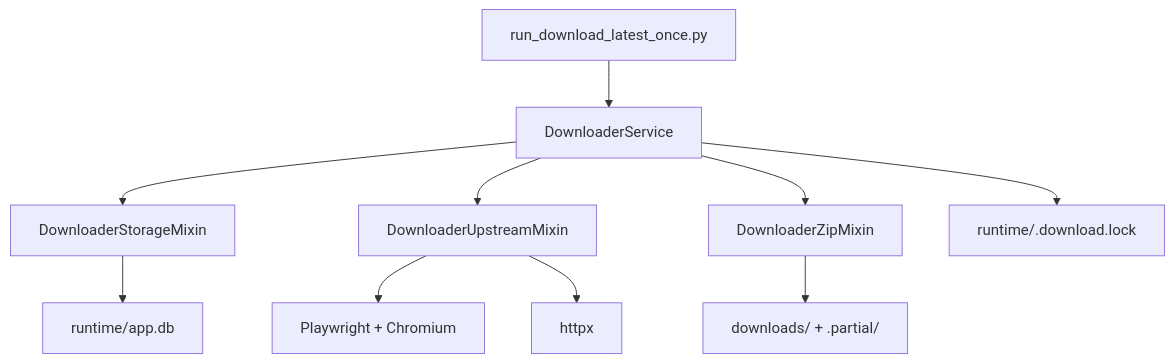
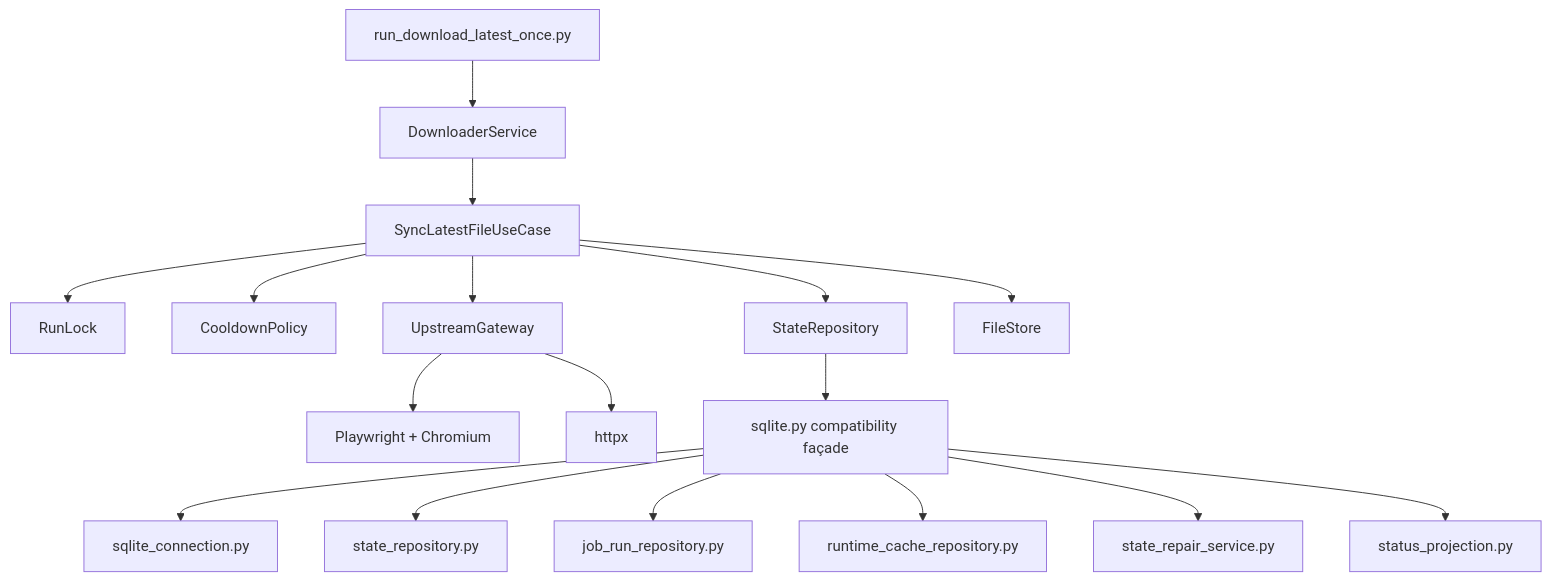
Before and after one commit to Lin-ak/uspto_latest_downloader-cli-only-runtime: the diagram in Project_Architecture_Blueprint.md, drawn with Mermaid. The commit also changed other lines of this file and 18 other files, not shown here.

````diff
--- a/Project_Architecture_Blueprint.md
+++ b/Project_Architecture_Blueprint.md
@@ -74,12 +69,19 @@
 ```mermaid
 flowchart TD
-    CLI["run_download_latest_once.py"] --> SVC["DownloaderService"]
-    SVC --> ST["DownloaderStorageMixin"]
-    SVC --> UP["DownloaderUpstreamMixin"]
-    SVC --> ZIP["DownloaderZipMixin"]
-    UP --> PW["Playwright + Chromium"]
-    UP --> HX["httpx"]
-    ZIP --> FS["downloads/ + .partial/"]
-    ST --> DB["runtime/app.db"]
-    SVC --> LOCK["runtime/.download.lock"]
+    CLI["run_download_latest_once.py"] --> DS["DownloaderService"]
+    DS --> UC["SyncLatestFileUseCase"]
+    UC --> RL["RunLock"]
+    UC --> CP["CooldownPolicy"]
+    UC --> REPO["StateRepository"]
+    UC --> GW["UpstreamGateway"]
+    UC --> FS["FileStore"]
+    GW --> PW["Playwright + Chromium"]
+    GW --> HX["httpx"]
+    REPO --> SC["sqlite.py compatibility façade"]
+    SC --> CONN["sqlite_connection.py"]
+    SC --> STATE["state_repository.py"]
+    SC --> JOB["job_run_repository.py"]
+    SC --> CACHE["runtime_cache_repository.py"]
+    SC --> REPAIR["state_repair_service.py"]
+    SC --> PROJ["status_projection.py"]
 ```
````
